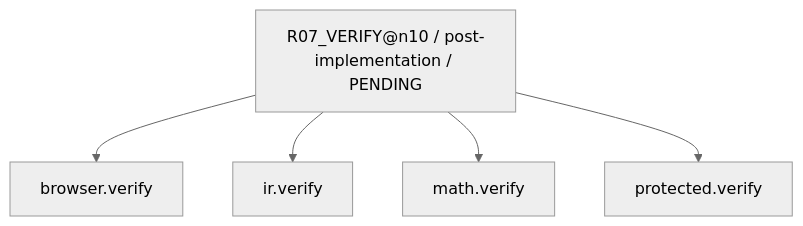
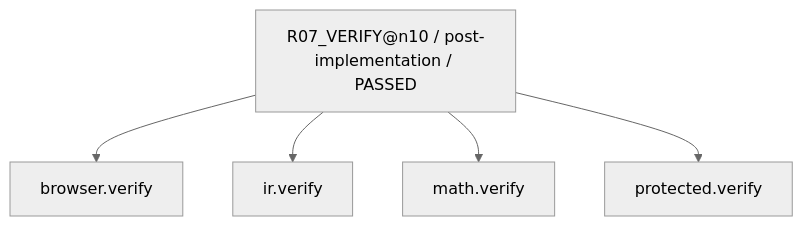
One commit to rrikunagasige-dot/kyotsu-step-web changed diagram 19 of 30 in work/items/W-MATH-035-choice-order-factor-audit/generated/CAPABILITY_FIRE_DIAGRAM.md. Above: the diagram before and after it, drawn with Mermaid (neutral theme). The commit also changed other lines of this file and 133 other files, not shown here.

````diff
--- a/work/items/W-MATH-035-choice-order-factor-audit/generated/CAPABILITY_FIRE_DIAGRAM.md
+++ b/work/items/W-MATH-035-choice-order-factor-audit/generated/CAPABILITY_FIRE_DIAGRAM.md
@@ -307,12 +307,12 @@
 ```mermaid
 flowchart TD
-  N0["R07_VERIFY@n10 / post-implementation / PENDING"]
+  N0["R07_VERIFY@n10 / post-implementation / PASSED"]
   N1["math.verify"]
   N2["ir.verify"]
   N3["browser.verify"]
   N4["protected.verify"]
   N0 --> N3
   N0 --> N2
   N0 --> N1
   N0 --> N4
 ```
````
